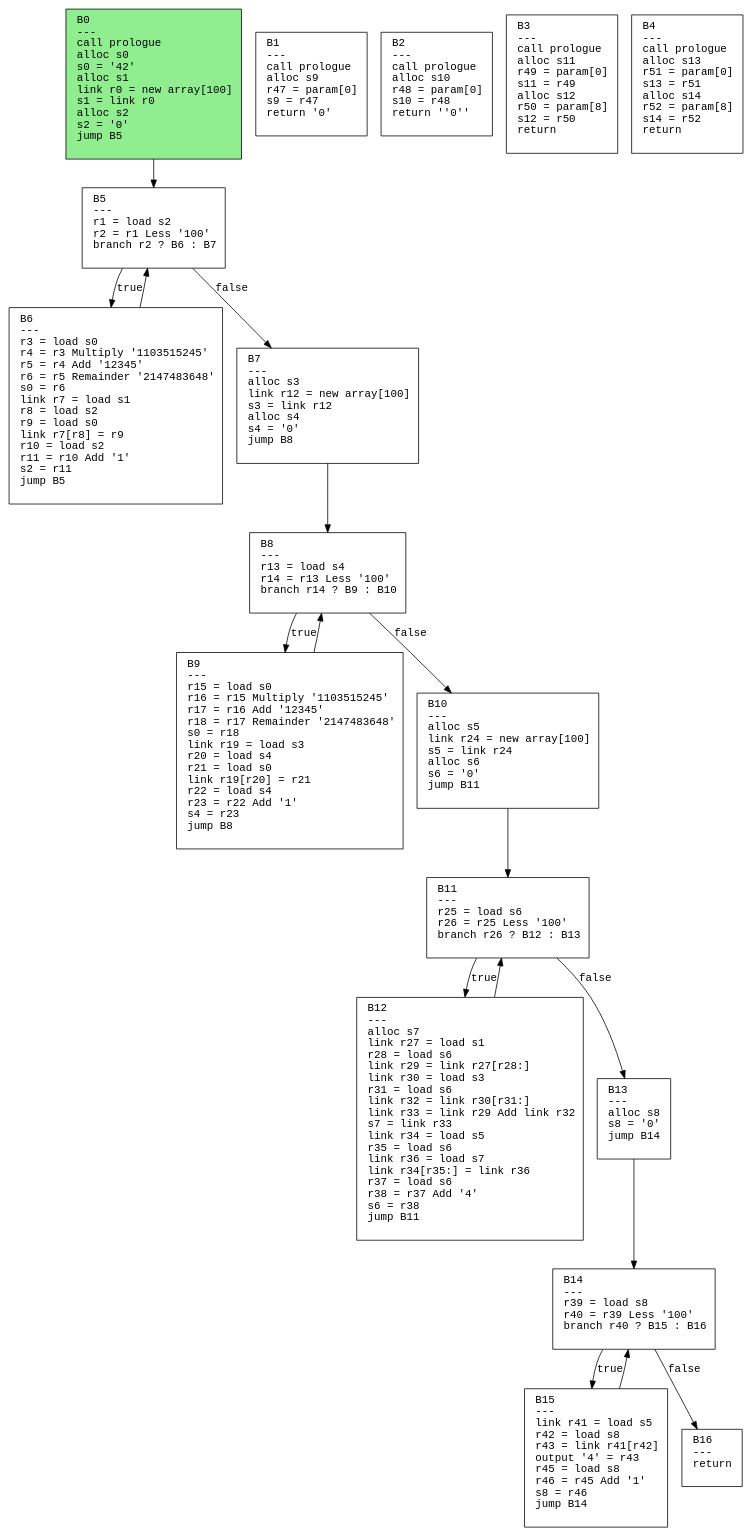
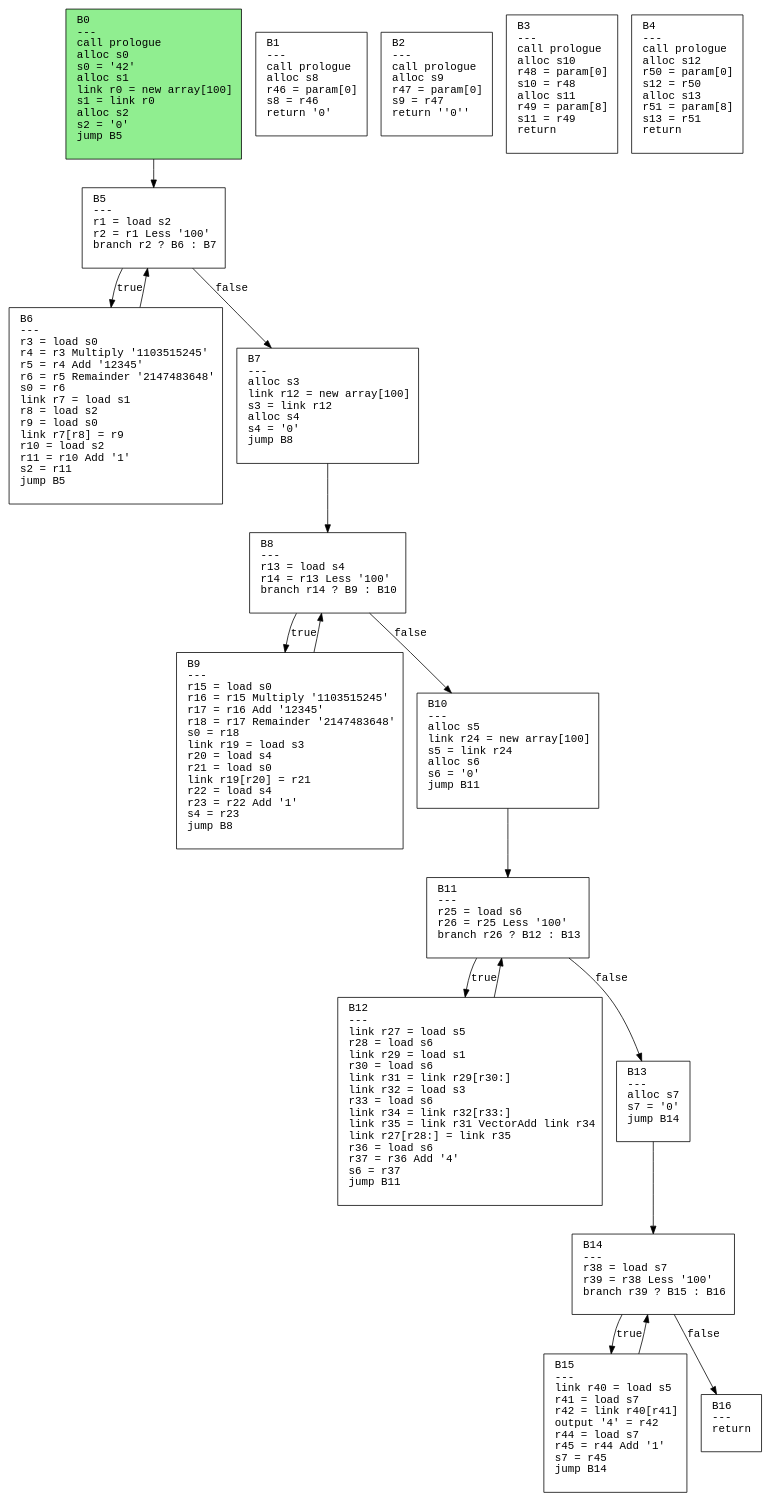
Before and after one commit to safarislava/ProcTranslator: the diagram in output/vector_test_simd.dot, drawn with Graphviz. The commit also changed 20 other files, not shown here.

```diff
--- a/output/vector_test_simd.dot
+++ b/output/vector_test_simd.dot
@@ -1,40 +1,40 @@
 digraph CFG {
   rankdir=TB;
   node [shape=box, fontname="Courier", style=filled, fillcolor=white, margin="0.2,0.1"];
   edge [fontname="Courier"];
 
   "B0" [label="B0\l---\lcall prologue\lalloc s0\ls0 = '42'\lalloc s1\llink r0 = new array[100]\ls1 = link r0\lalloc s2\ls2 = '0'\ljump B5\l "];
-  "B1" [label="B1\l---\lcall prologue\lalloc s9\lr47 = param[0]\ls9 = r47\lreturn '0'\l "];
-  "B2" [label="B2\l---\lcall prologue\lalloc s10\lr48 = param[0]\ls10 = r48\lreturn ''0''\l "];
-  "B3" [label="B3\l---\lcall prologue\lalloc s11\lr49 = param[0]\ls11 = r49\lalloc s12\lr50 = param[8]\ls12 = r50\lreturn\l "];
-  "B4" [label="B4\l---\lcall prologue\lalloc s13\lr51 = param[0]\ls13 = r51\lalloc s14\lr52 = param[8]\ls14 = r52\lreturn\l "];
+  "B1" [label="B1\l---\lcall prologue\lalloc s8\lr46 = param[0]\ls8 = r46\lreturn '0'\l "];
+  "B2" [label="B2\l---\lcall prologue\lalloc s9\lr47 = param[0]\ls9 = r47\lreturn ''0''\l "];
+  "B3" [label="B3\l---\lcall prologue\lalloc s10\lr48 = param[0]\ls10 = r48\lalloc s11\lr49 = param[8]\ls11 = r49\lreturn\l "];
+  "B4" [label="B4\l---\lcall prologue\lalloc s12\lr50 = param[0]\ls12 = r50\lalloc s13\lr51 = param[8]\ls13 = r51\lreturn\l "];
   "B5" [label="B5\l---\lr1 = load s2\lr2 = r1 Less '100'\lbranch r2 ? B6 : B7\l "];
   "B6" [label="B6\l---\lr3 = load s0\lr4 = r3 Multiply '1103515245'\lr5 = r4 Add '12345'\lr6 = r5 Remainder '2147483648'\ls0 = r6\llink r7 = load s1\lr8 = load s2\lr9 = load s0\llink r7[r8] = r9\lr10 = load s2\lr11 = r10 Add '1'\ls2 = r11\ljump B5\l "];
   "B7" [label="B7\l---\lalloc s3\llink r12 = new array[100]\ls3 = link r12\lalloc s4\ls4 = '0'\ljump B8\l "];
   "B8" [label="B8\l---\lr13 = load s4\lr14 = r13 Less '100'\lbranch r14 ? B9 : B10\l "];
   "B9" [label="B9\l---\lr15 = load s0\lr16 = r15 Multiply '1103515245'\lr17 = r16 Add '12345'\lr18 = r17 Remainder '2147483648'\ls0 = r18\llink r19 = load s3\lr20 = load s4\lr21 = load s0\llink r19[r20] = r21\lr22 = load s4\lr23 = r22 Add '1'\ls4 = r23\ljump B8\l "];
   "B10" [label="B10\l---\lalloc s5\llink r24 = new array[100]\ls5 = link r24\lalloc s6\ls6 = '0'\ljump B11\l "];
   "B11" [label="B11\l---\lr25 = load s6\lr26 = r25 Less '100'\lbranch r26 ? B12 : B13\l "];
-  "B12" [label="B12\l---\lalloc s7\llink r27 = load s1\lr28 = load s6\llink r29 = link r27[r28:]\llink r30 = load s3\lr31 = load s6\llink r32 = link r30[r31:]\llink r33 = link r29 Add link r32\ls7 = link r33\llink r34 = load s5\lr35 = load s6\llink r36 = load s7\llink r34[r35:] = link r36\lr37 = load s6\lr38 = r37 Add '4'\ls6 = r38\ljump B11\l "];
-  "B13" [label="B13\l---\lalloc s8\ls8 = '0'\ljump B14\l "];
-  "B14" [label="B14\l---\lr39 = load s8\lr40 = r39 Less '100'\lbranch r40 ? B15 : B16\l "];
-  "B15" [label="B15\l---\llink r41 = load s5\lr42 = load s8\lr43 = link r41[r42]\loutput '4' = r43\lr45 = load s8\lr46 = r45 Add '1'\ls8 = r46\ljump B14\l "];
+  "B12" [label="B12\l---\llink r27 = load s5\lr28 = load s6\llink r29 = load s1\lr30 = load s6\llink r31 = link r29[r30:]\llink r32 = load s3\lr33 = load s6\llink r34 = link r32[r33:]\llink r35 = link r31 VectorAdd link r34\llink r27[r28:] = link r35\lr36 = load s6\lr37 = r36 Add '4'\ls6 = r37\ljump B11\l "];
+  "B13" [label="B13\l---\lalloc s7\ls7 = '0'\ljump B14\l "];
+  "B14" [label="B14\l---\lr38 = load s7\lr39 = r38 Less '100'\lbranch r39 ? B15 : B16\l "];
+  "B15" [label="B15\l---\llink r40 = load s5\lr41 = load s7\lr42 = link r40[r41]\loutput '4' = r42\lr44 = load s7\lr45 = r44 Add '1'\ls7 = r45\ljump B14\l "];
   "B16" [label="B16\l---\lreturn\l "];
   "B0" -> "B5";
   "B5" -> "B6" [label="true"];
   "B5" -> "B7" [label="false"];
   "B6" -> "B5";
   "B7" -> "B8";
   "B8" -> "B9" [label="true"];
   "B8" -> "B10" [label="false"];
   "B9" -> "B8";
   "B10" -> "B11";
   "B11" -> "B12" [label="true"];
   "B11" -> "B13" [label="false"];
   "B12" -> "B11";
   "B13" -> "B14";
   "B14" -> "B15" [label="true"];
   "B14" -> "B16" [label="false"];
   "B15" -> "B14";
   "B0" [fillcolor=lightgreen];
 }
```
